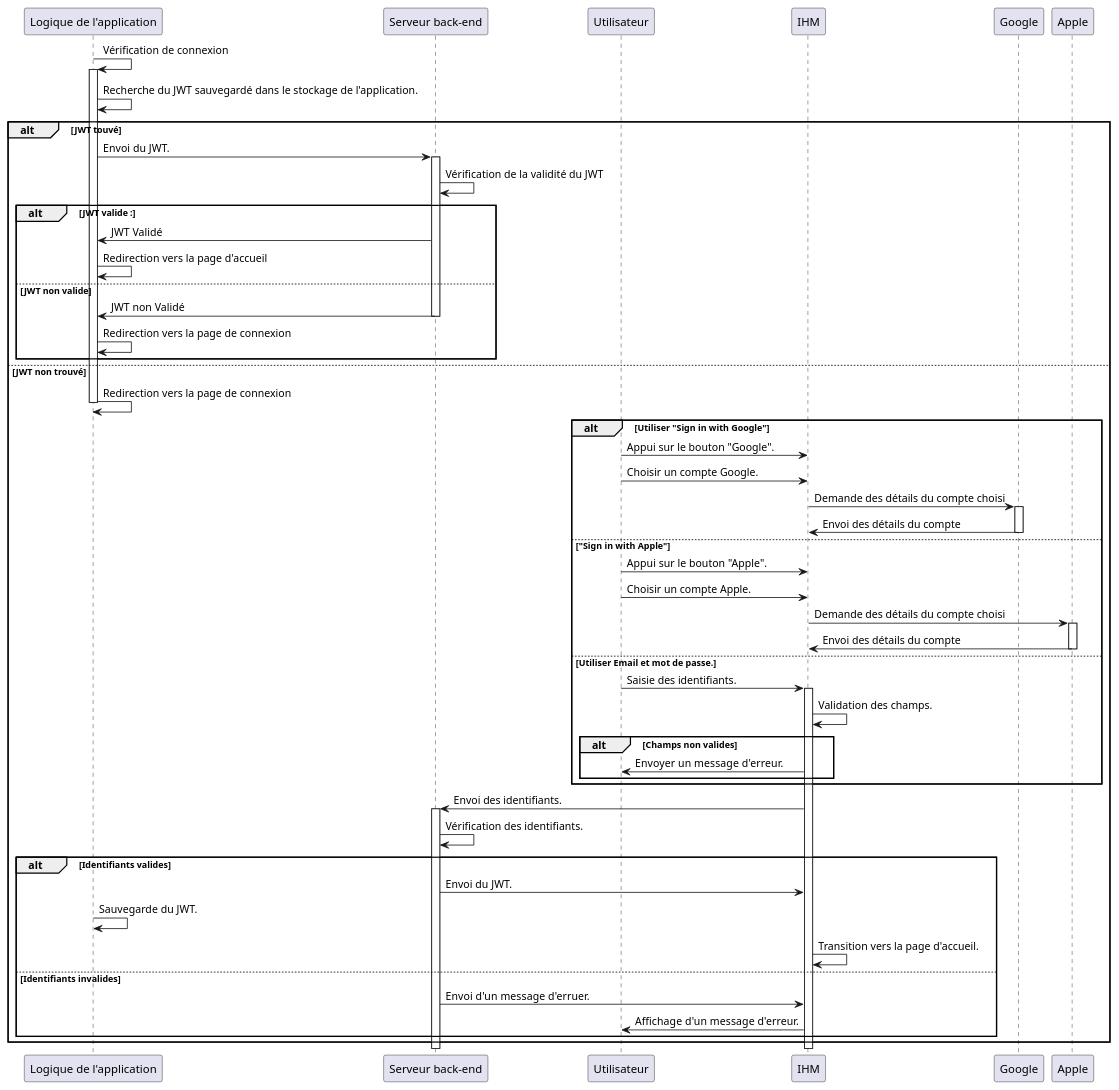
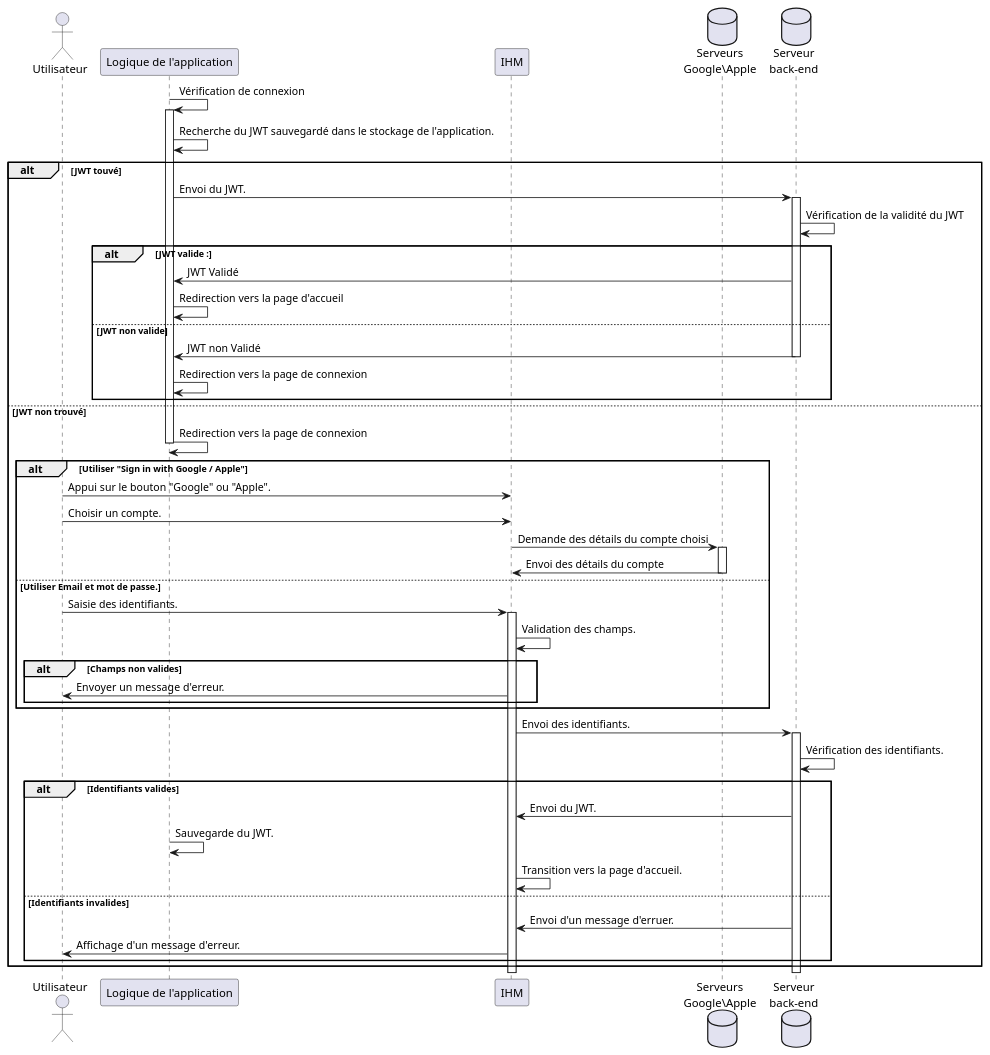
Before and after one commit to AlaaAbdelbaki/rapportPFE: the first of 8 diagrams in images/uml/diag.puml, drawn with PlantUML. The commit also changed other lines of this file and 10 other files, not shown here.

```diff
--- a/images/uml/diag.puml
+++ b/images/uml/diag.puml
@@ -1,44 +1,47 @@
 @startuml Authentification
-"Logique de l'application" -> "Logique de l'application" ++ : Vérification de connexion
-"Logique de l'application" -> "Logique de l'application" : Recherche du JWT sauvegardé dans le stockage de l'application.
+
+actor Utilisateur as user
+participant "Logique de l'application" as logic
+participant IHM as IHM
+database "Serveurs\nGoogle\Apple" as server
+database "Serveur\nback-end" as backend
+
+
+logic -> logic ++ : Vérification de connexion
+logic -> logic : Recherche du JWT sauvegardé dans le stockage de l'application.
 alt JWT touvé
-"Logique de l'application" -> "Serveur back-end" ++ : Envoi du JWT.
-"Serveur back-end" -> "Serveur back-end" : Vérification de la validité du JWT
+logic -> backend ++ : Envoi du JWT.
+backend -> backend : Vérification de la validité du JWT
 alt JWT valide : 
-"Serveur back-end" -> "Logique de l'application" : JWT Validé
-"Logique de l'application" -> "Logique de l'application" : Redirection vers la page d'accueil
+backend -> logic : JWT Validé
+logic -> logic : Redirection vers la page d'accueil
 else JWT non valide
-"Serveur back-end" -> "Logique de l'application" --: JWT non Validé
-"Logique de l'application" -> "Logique de l'application" : Redirection vers la page de connexion
+backend -> logic --: JWT non Validé
+logic -> logic : Redirection vers la page de connexion
 end
 else JWT non trouvé
-"Logique de l'application" -> "Logique de l'application" -- : Redirection vers la page de connexion
-alt Utiliser "Sign in with Google"
-Utilisateur -> IHM : Appui sur le bouton "Google".
-Utilisateur -> IHM : Choisir un compte Google.
-IHM -> Google ++ : Demande des détails du compte choisi
-Google -> IHM --: Envoi des détails du compte
-else "Sign in with Apple"
-Utilisateur -> IHM : Appui sur le bouton "Apple".
-Utilisateur -> IHM : Choisir un compte Apple.
-IHM -> Apple ++ : Demande des détails du compte choisi
-Apple -> IHM --: Envoi des détails du compte
+logic -> logic -- : Redirection vers la page de connexion
+alt Utiliser "Sign in with Google / Apple"
+user -> IHM : Appui sur le bouton "Google" ou "Apple".
+user -> IHM : Choisir un compte.
+IHM -> server ++ : Demande des détails du compte choisi
+server -> IHM --: Envoi des détails du compte
 else Utiliser Email et mot de passe.
-Utilisateur -> IHM ++: Saisie des identifiants.
+user -> IHM ++: Saisie des identifiants.
 IHM -> IHM : Validation des champs.
 alt Champs non valides
-IHM -> Utilisateur : Envoyer un message d'erreur.
+IHM -> user : Envoyer un message d'erreur.
 end
 end
-IHM -> "Serveur back-end" ++ : Envoi des identifiants.
-"Serveur back-end" -> "Serveur back-end" : Vérification des identifiants.
+IHM -> backend ++ : Envoi des identifiants.
+backend -> backend : Vérification des identifiants.
 alt Identifiants valides
-"Serveur back-end"->IHM : Envoi du JWT.
-"Logique de l'application" -> "Logique de l'application" : Sauvegarde du JWT.
+backend->IHM : Envoi du JWT.
+logic -> logic : Sauvegarde du JWT.
 IHM -> IHM : Transition vers la page d'accueil.
 else Identifiants invalides
-"Serveur back-end"->IHM : Envoi d'un message d'erruer.
-IHM -> Utilisateur : Affichage d'un message d'erreur.
+backend->IHM : Envoi d'un message d'erruer.
+IHM -> user : Affichage d'un message d'erreur.
 end 
 end
 @enduml
```
